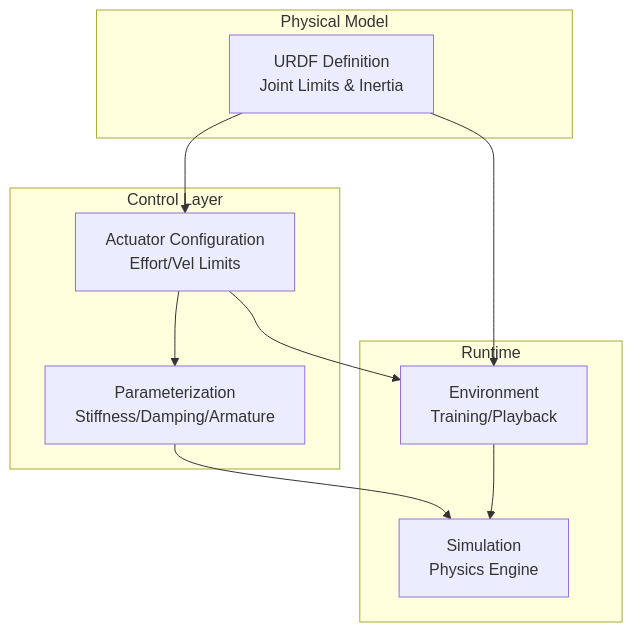
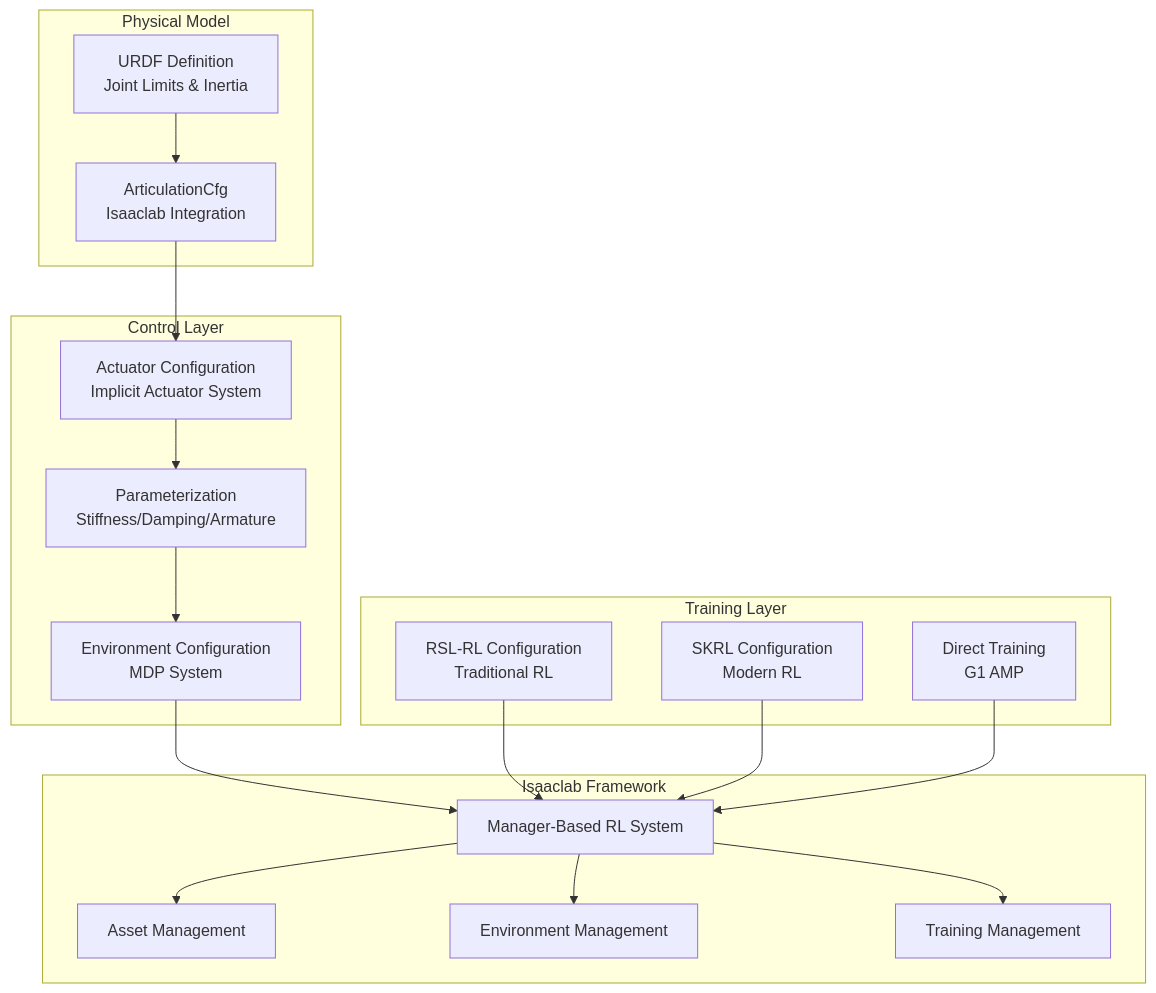
Before and after one commit to jayjayhust/robot_lab: diagram 12 of 12 in .qoder/repowiki/en/content/Robot Categories and Models/Humanoid Robots/Unitree G1 Humanoid.md, drawn with Mermaid. The commit also changed other lines of this file and 14 other files, not shown here.

````diff
--- a/.qoder/repowiki/en/content/Robot Categories and Models/Humanoid Robots/Unitree G1 Humanoid.md
+++ b/.qoder/repowiki/en/content/Robot Categories and Models/Humanoid Robots/Unitree G1 Humanoid.md
@@ -325,20 +501,34 @@
 ```mermaid
 graph TB
+subgraph "Isaaclab Framework"
+Manager["Manager-Based RL System"]
+AssetMgr["Asset Management"]
+EnvMgr["Environment Management"]
+TrainMgr["Training Management"]
+end
 subgraph "Physical Model"
 URDF["URDF Definition<br/>Joint Limits & Inertia"]
+Articulation["ArticulationCfg<br/>Isaaclab Integration"]
 end
 subgraph "Control Layer"
-ActCfg["Actuator Configuration<br/>Effort/Vel Limits"]
+ActCfg["Actuator Configuration<br/>Implicit Actuator System"]
 Param["Parameterization<br/>Stiffness/Damping/Armature"]
+EnvCfg["Environment Configuration<br/>MDP System"]
 end
-subgraph "Runtime"
-Env["Environment<br/>Training/Playback"]
-Sim["Simulation<br/>Physics Engine"]
+subgraph "Training Layer"
+RSL["RSL-RL Configuration<br/>Traditional RL"]
+SKRL["SKRL Configuration<br/>Modern RL"]
+Direct["Direct Training<br/>G1 AMP"]
 end
-URDF --> ActCfg
+URDF --> Articulation
+Articulation --> ActCfg
 ActCfg --> Param
-Param --> Sim
-URDF --> Env
-ActCfg --> Env
-Env --> Sim
+Param --> EnvCfg
+EnvCfg --> Manager
+Manager --> AssetMgr
+Manager --> EnvMgr
+Manager --> TrainMgr
+RSL --> Manager
+SKRL --> Manager
+Direct --> Manager
 ```
````
